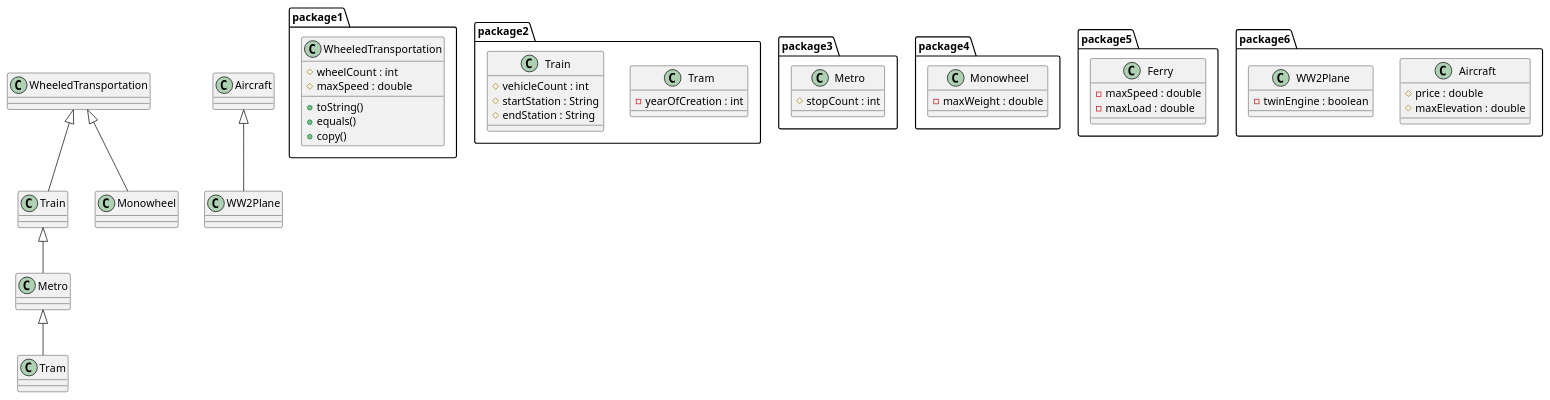
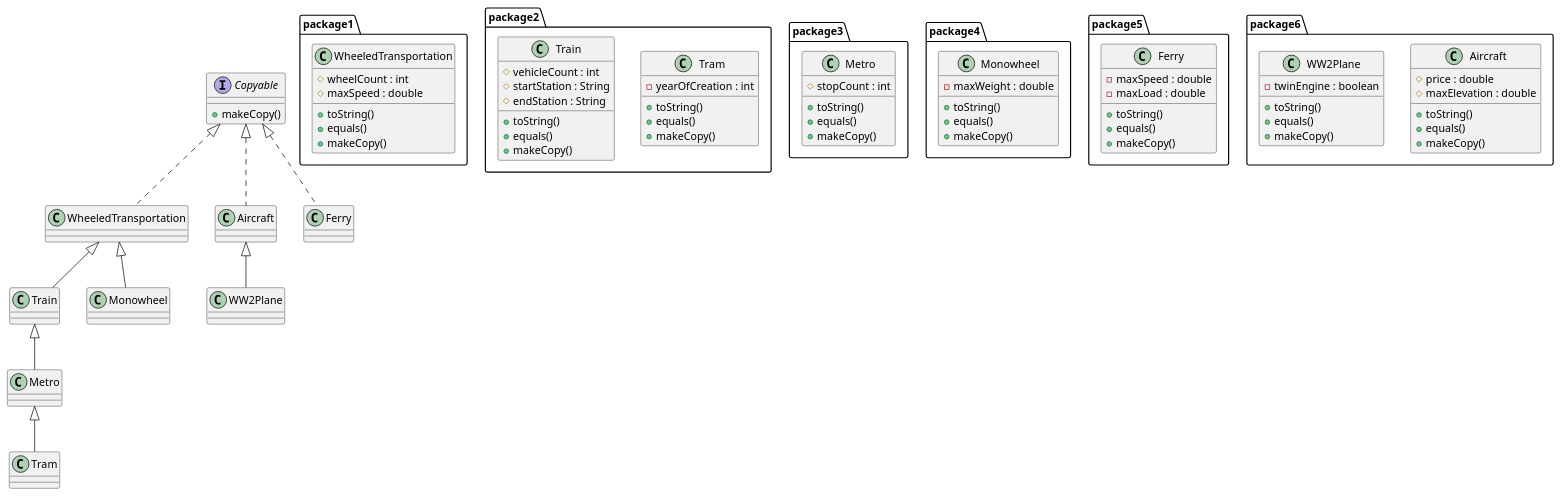
The diagram in Assignment2/src/UML/classDiagram.plantuml (NathanGrenier/COMP249), drawn with PlantUML before and after one commit.

Commit message:
Modified UML Diagram

```diff
--- a/Assignment2/src/UML/classDiagram.plantuml
+++ b/Assignment2/src/UML/classDiagram.plantuml
@@ -1,77 +1,106 @@
 @startuml Hello world
 scale 1
+
+interface Copyable {
+    +makeCopy()
+}
 
 package package1 {
     class WheeledTransportation {
         #wheelCount : int
         #maxSpeed : double
         +toString()
         +equals()
-        +copy()
+        +makeCopy()
     }
 }
 
 package package2 {
     class Tram {
         -yearOfCreation : int
+        +toString()
+        +equals()
+        +makeCopy()
     }
     
     class Train {
         #vehicleCount : int
         #startStation : String
         #endStation : String
+        +toString()
+        +equals()
+        +makeCopy()
     }
 }
 
 package package3 {
     class Metro {
         #stopCount : int
+        +toString()
+        +equals()
+        +makeCopy()
     }
 }
 
 package package4 {
     class Monowheel {
         -maxWeight : double
+        +toString()
+        +equals()
+        +makeCopy()
     }
     
 
 }
 
 package package5 {
     class Ferry {
         -maxSpeed : double
         -maxLoad : double
+        +toString()
+        +equals()
+        +makeCopy()
     }
 }
 
 package package6 {
     class Aircraft {
         #price : double
         #maxElevation : double
+        +toString()
+        +equals()
+        +makeCopy()
     }
 
     class WW2Plane {
         -twinEngine : boolean
+        +toString()
+        +equals()
+        +makeCopy()
     }
 }
 
 
 class Train extends WheeledTransportation
 class Metro extends Train
 class Tram extends Metro
 class Monowheel extends WheeledTransportation
 class WW2Plane extends Aircraft
+
+class WheeledTransportation implements Copyable
+class Aircraft implements Copyable
+class Ferry implements Copyable
 
 /'
 Arrow implementation of inheritance
 
 WheeledTransportation <|-- Train
 Metro <|-- Tram
 
 Train <|-- Metro
 
 WheeledTransportation <|-- Monowheel
 
 Aircraft <|-- WW2Plane
 '/
 @enduml
```
